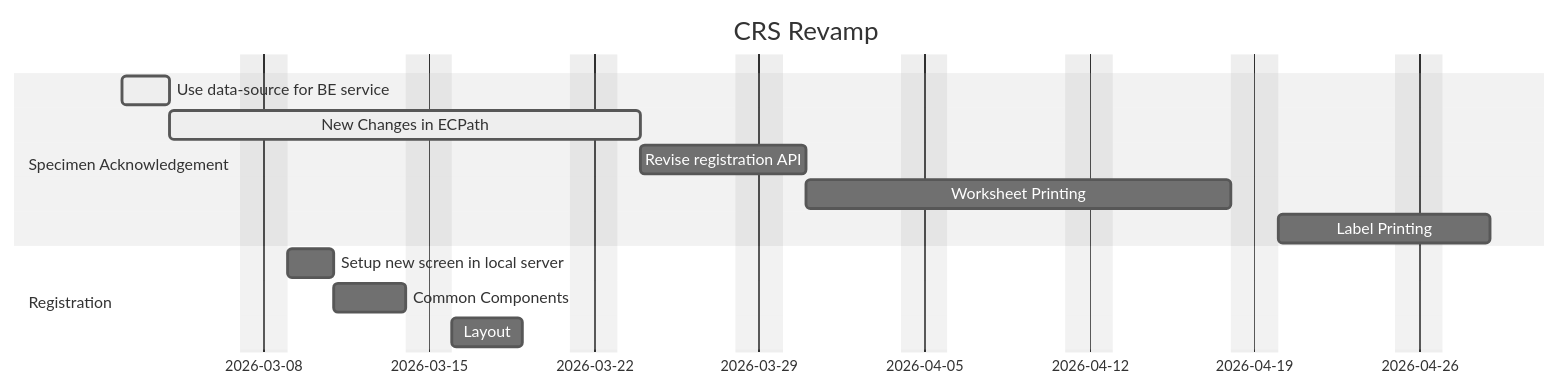
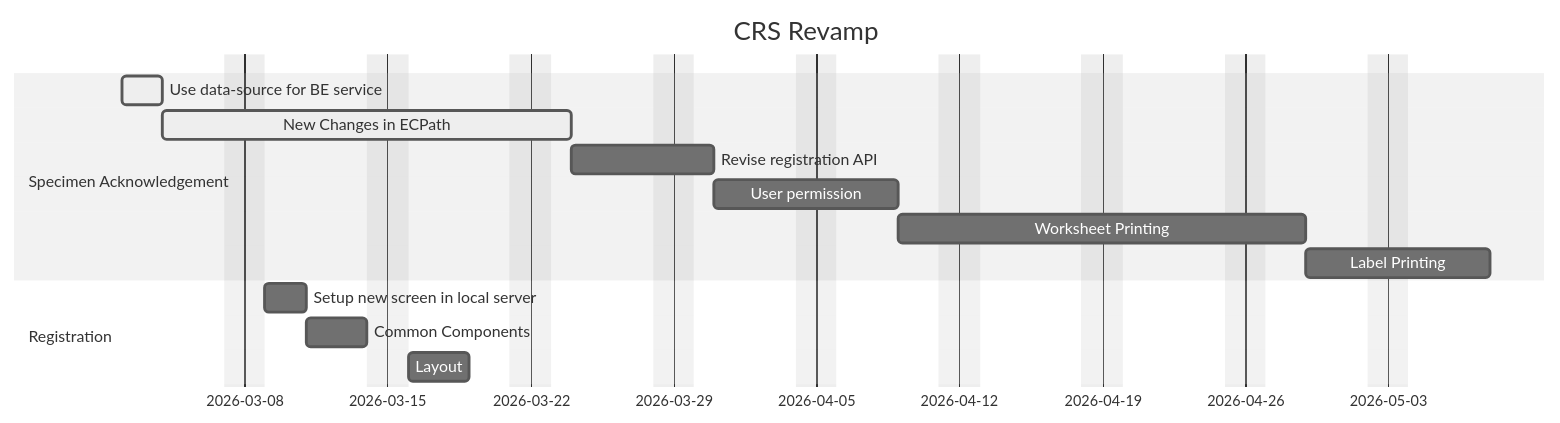
One commit to DragonChong/HA-Notes changed the diagram in LIS/Project Plans/CRS Revamp.md. Above: the diagram before and after it, drawn with Mermaid (neutral theme).

Commit message:
vault backup: 2026-03-13 09:44:05

````diff
--- a/LIS/Project Plans/CRS Revamp.md
+++ b/LIS/Project Plans/CRS Revamp.md
@@ -2,19 +2,20 @@
 ```mermaid
 gantt
     dateFormat  YYYY-MM-DD
     title       CRS Revamp
     excludes    weekends
     %% (`excludes` accepts specific dates in YYYY-MM-DD format, days of the week ("sunday") or "weekends", but not the word "weekdays".)
 
     section Specimen Acknowledgement
     Use data-source for BE service      :active,  des1, 2026-03-02, 2d
     New Changes in ECPath               :active,  des2, 2026-03-04, 14d
     Revise registration API             : 5d
+    User permission                     : 1w
     Worksheet Printing                  : 2w
     Label Printing                      : 1w
 
     section Registration
     Setup new screen in local server    :         des1, 2026-03-09, 2d
     Common Components:                  :         des2, after des1, 3d
     Layout                              : 3d
 ```
````
